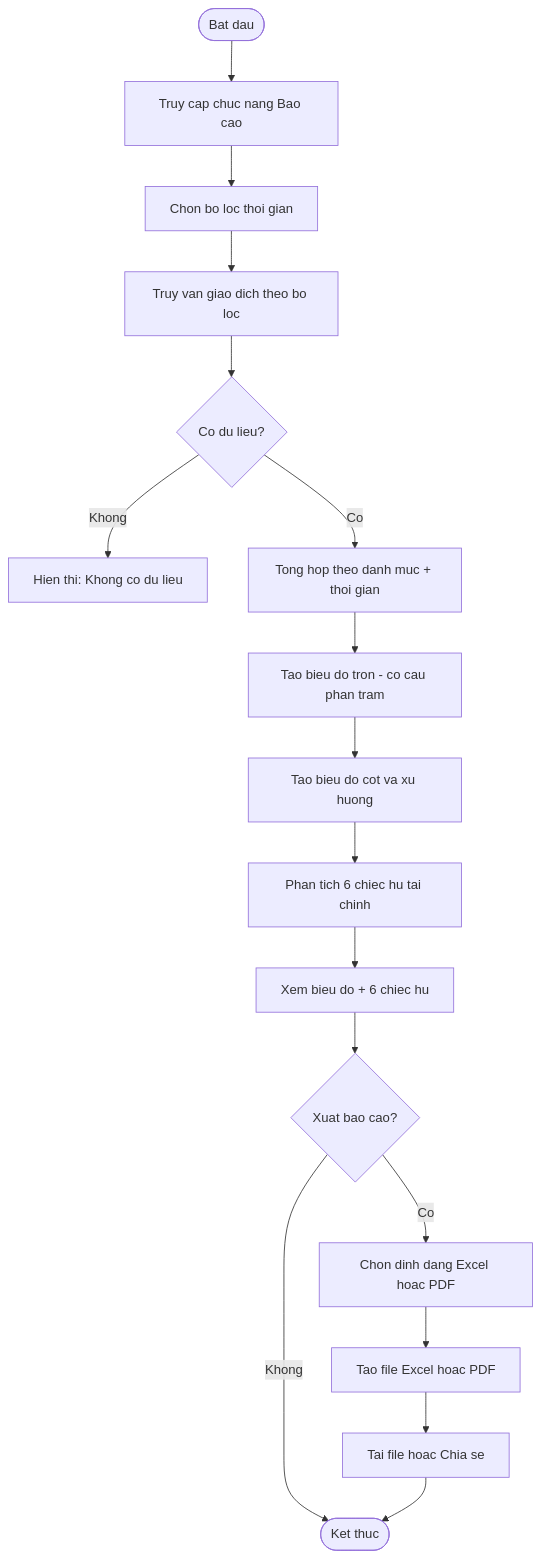
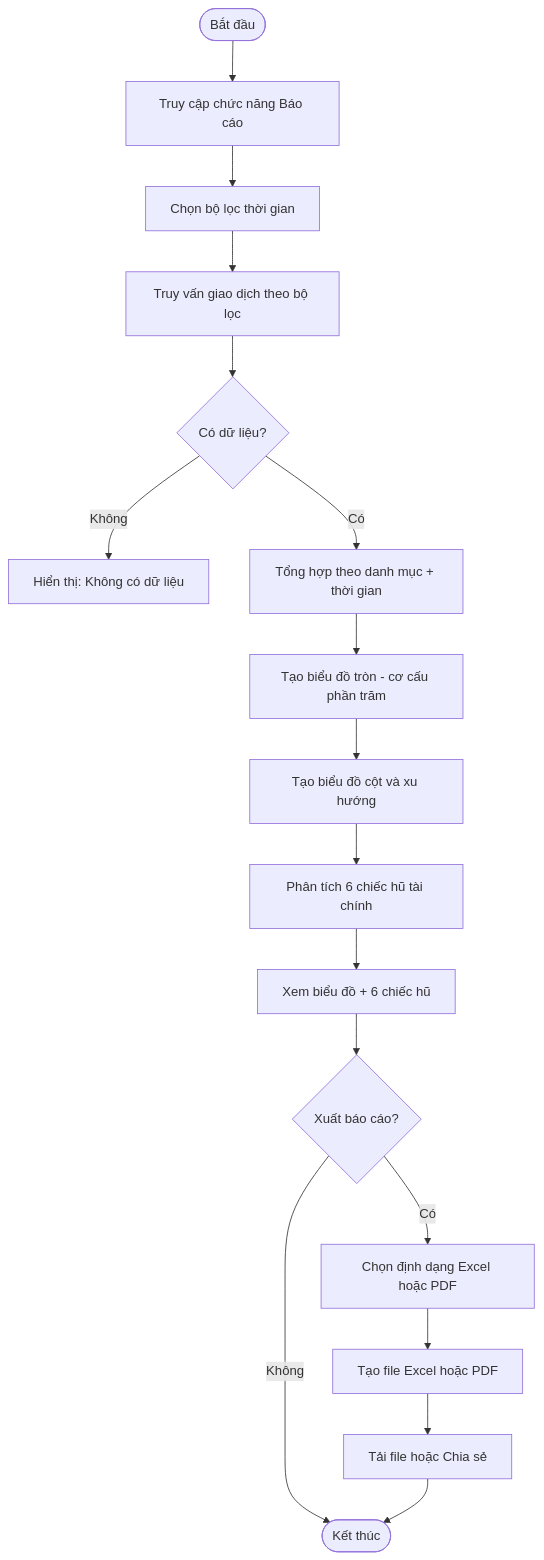
The ninth of 10 diagrams in Nghiên cứu MISA MoneyKeeper.md (Hieu-vn/Graduation-Thesis), drawn with Mermaid before and after one commit. The commit also changed other lines of this file, not shown here.

````diff
--- a/Nghiên cứu MISA MoneyKeeper.md
+++ b/Nghiên cứu MISA MoneyKeeper.md
@@ -275,19 +275,19 @@
 ```mermaid
 flowchart TD
-    A([Bat dau]) --> B[Truy cap chuc nang Bao cao]
-    B --> C[Chon bo loc thoi gian]
-    C --> D[Truy van giao dich theo bo loc]
-    D --> D2{Co du lieu?}
-    D2 -->|Khong| D3[Hien thi: Khong co du lieu]
-    D2 -->|Co| E[Tong hop theo danh muc + thoi gian]
-    E --> F[Tao bieu do tron - co cau phan tram]
-    F --> F2[Tao bieu do cot va xu huong]
-    F2 --> G[Phan tich 6 chiec hu tai chinh]
-    G --> H[Xem bieu do + 6 chiec hu]
-    H --> I{Xuat bao cao?}
-    I -->|Co| J[Chon dinh dang Excel hoac PDF]
-    J --> J2[Tao file Excel hoac PDF]
-    J2 --> K[Tai file hoac Chia se]
-    I -->|Khong| L([Ket thuc])
+    A([Bắt đầu]) --> B[Truy cập chức năng Báo cáo]
+    B --> C[Chọn bộ lọc thời gian]
+    C --> D[Truy vấn giao dịch theo bộ lọc]
+    D --> D2{Có dữ liệu?}
+    D2 -->|Không| D3[Hiển thị: Không có dữ liệu]
+    D2 -->|Có| E[Tổng hợp theo danh mục + thời gian]
+    E --> F[Tạo biểu đồ tròn - cơ cấu phần trăm]
+    F --> F2[Tạo biểu đồ cột và xu hướng]
+    F2 --> G[Phân tích 6 chiếc hũ tài chính]
+    G --> H[Xem biểu đồ + 6 chiếc hũ]
+    H --> I{Xuất báo cáo?}
+    I -->|Có| J[Chọn định dạng Excel hoặc PDF]
+    J --> J2[Tạo file Excel hoặc PDF]
+    J2 --> K[Tải file hoặc Chia sẻ]
+    I -->|Không| L([Kết thúc])
     K --> L
 ```
````
